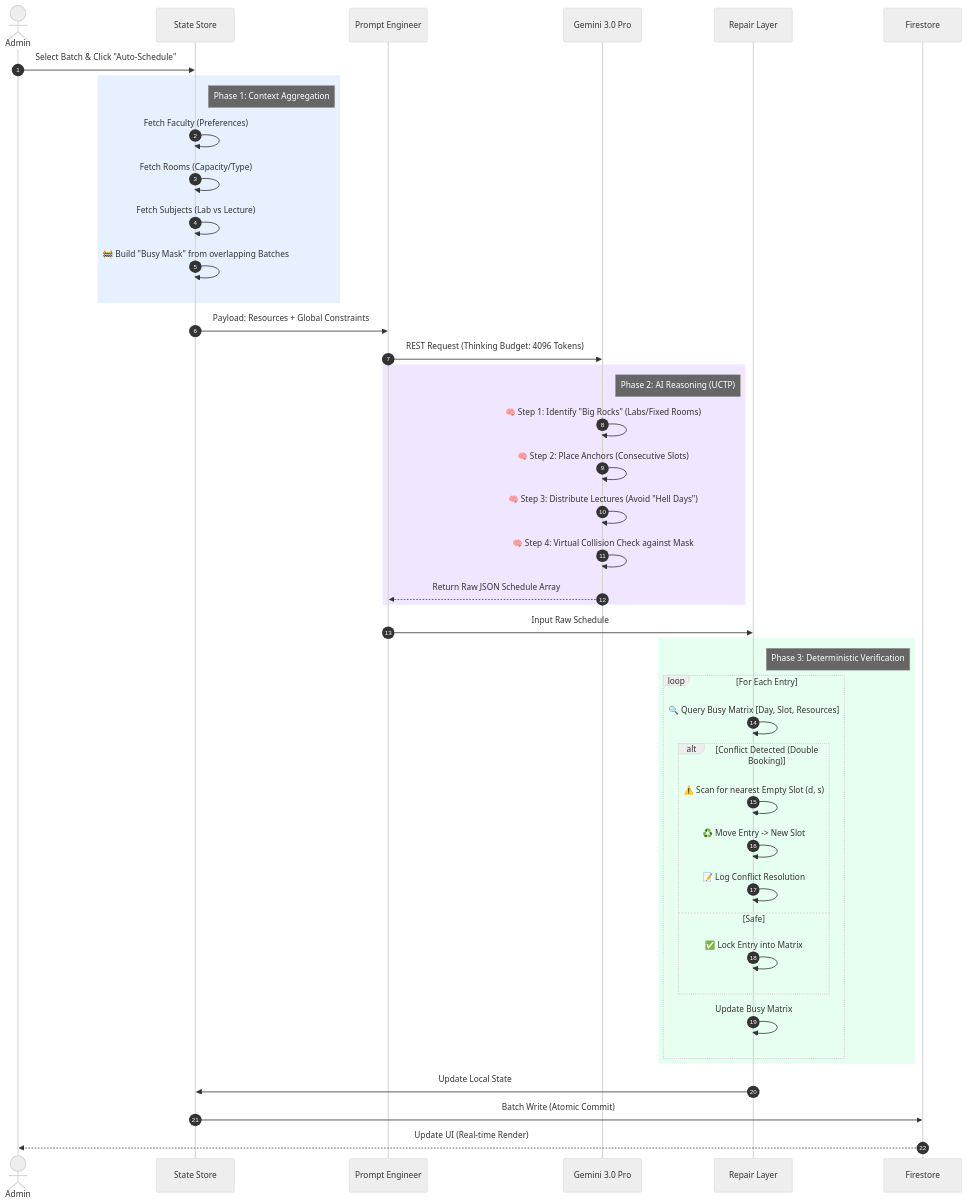
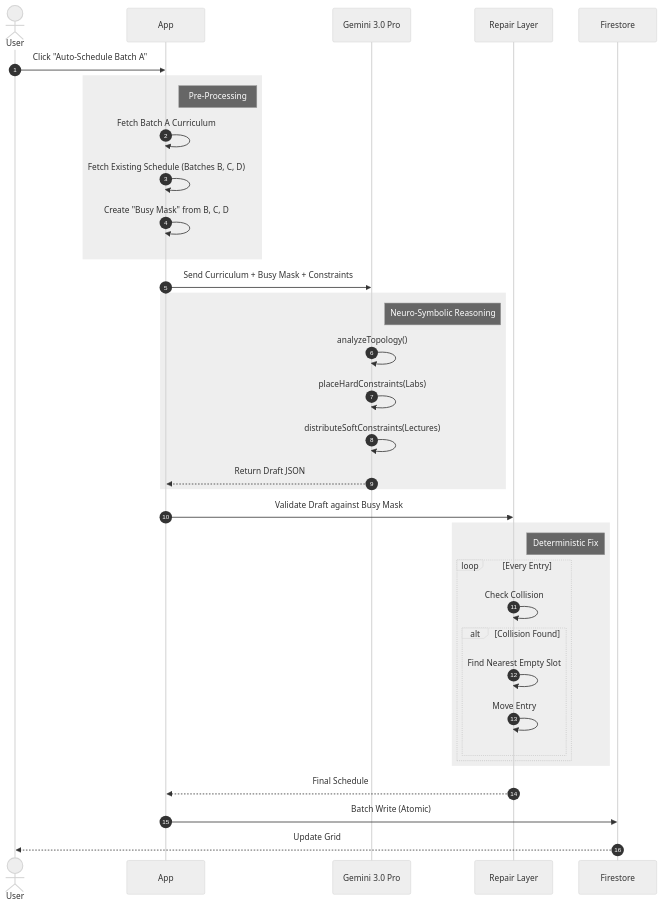
One commit to Om-Prakash-Verma/AetherSchedule changed the second of 2 diagrams in README.md. Above: the diagram before and after it, drawn with Mermaid (neutral theme). The commit also changed other lines of this file, not shown here.

````diff
--- a/README.md
+++ b/README.md
@@ -66,53 +126,45 @@
 ```mermaid
 sequenceDiagram
     autonumber
-    actor Admin
-    participant Store as State Store
-    participant Prompt as Prompt Engineer
-    participant Model as Gemini 3.0 Pro
+    actor User
+    participant App
+    participant AI as Gemini 3.0 Pro
     participant Repair as Repair Layer
     participant DB as Firestore
 
-    Admin->>Store: Select Batch & Click "Auto-Schedule"
+    User->>App: Click "Auto-Schedule Batch A"
     
-    rect rgb(230, 240, 255)
-        Note right of Store: Phase 1: Context Aggregation
-        Store->>Store: Fetch Faculty (Preferences)
-        Store->>Store: Fetch Rooms (Capacity/Type)
-        Store->>Store: Fetch Subjects (Lab vs Lecture)
-        Store->>Store: 🚧 Build "Busy Mask" from overlapping Batches
+    rect #eff6ff
+        Note right of App: Pre-Processing
+        App->>App: Fetch Batch A Curriculum
+        App->>App: Fetch Existing Schedule (Batches B, C, D)
+        App->>App: Create "Busy Mask" from B, C, D
     end
 
-    Store->>Prompt: Payload: Resources + Global Constraints
-    Prompt->>Model: REST Request (Thinking Budget: 4096 Tokens)
+    App->>AI: Send Curriculum + Busy Mask + Constraints
     
-    rect rgb(240, 230, 255)
-        Note right of Model: Phase 2: AI Reasoning (UCTP)
-        Model->>Model: 🧠 Step 1: Identify "Big Rocks" (Labs/Fixed Rooms)
-        Model->>Model: 🧠 Step 2: Place Anchors (Consecutive Slots)
-        Model->>Model: 🧠 Step 3: Distribute Lectures (Avoid "Hell Days")
-        Model->>Model: 🧠 Step 4: Virtual Collision Check against Mask
-        Model-->>Prompt: Return Raw JSON Schedule Array
+    rect #eef2ff
+        Note right of AI: Neuro-Symbolic Reasoning
+        AI->>AI: analyzeTopology()
+        AI->>AI: placeHardConstraints(Labs)
+        AI->>AI: distributeSoftConstraints(Lectures)
+        AI-->>App: Return Draft JSON
     end
+
+    App->>Repair: Validate Draft against Busy Mask
     
-    Prompt->>Repair: Input Raw Schedule
-    
-    rect rgb(230, 255, 240)
-        Note right of Repair: Phase 3: Deterministic Verification
-        loop For Each Entry
-            Repair->>Repair: 🔍 Query Busy Matrix [Day, Slot, Resources]
-            alt Conflict Detected (Double Booking)
-                Repair->>Repair: ⚠️ Scan for nearest Empty Slot (d, s)
-                Repair->>Repair: ♻️ Move Entry -> New Slot
-                Repair->>Repair: 📝 Log Conflict Resolution
-            else Safe
-                Repair->>Repair: ✅ Lock Entry into Matrix
+    rect #f0fdf4
+        Note right of Repair: Deterministic Fix
+        loop Every Entry
+            Repair->>Repair: Check Collision
+            alt Collision Found
+                Repair->>Repair: Find Nearest Empty Slot
+                Repair->>Repair: Move Entry
             end
-            Repair->>Repair: Update Busy Matrix
         end
     end
-    
-    Repair->>Store: Update Local State
-    Store->>DB: Batch Write (Atomic Commit)
-    DB-->>Admin: Update UI (Real-time Render)
+
+    Repair-->>App: Final Schedule
+    App->>DB: Batch Write (Atomic)
+    DB-->>User: Update Grid
 ```
````
